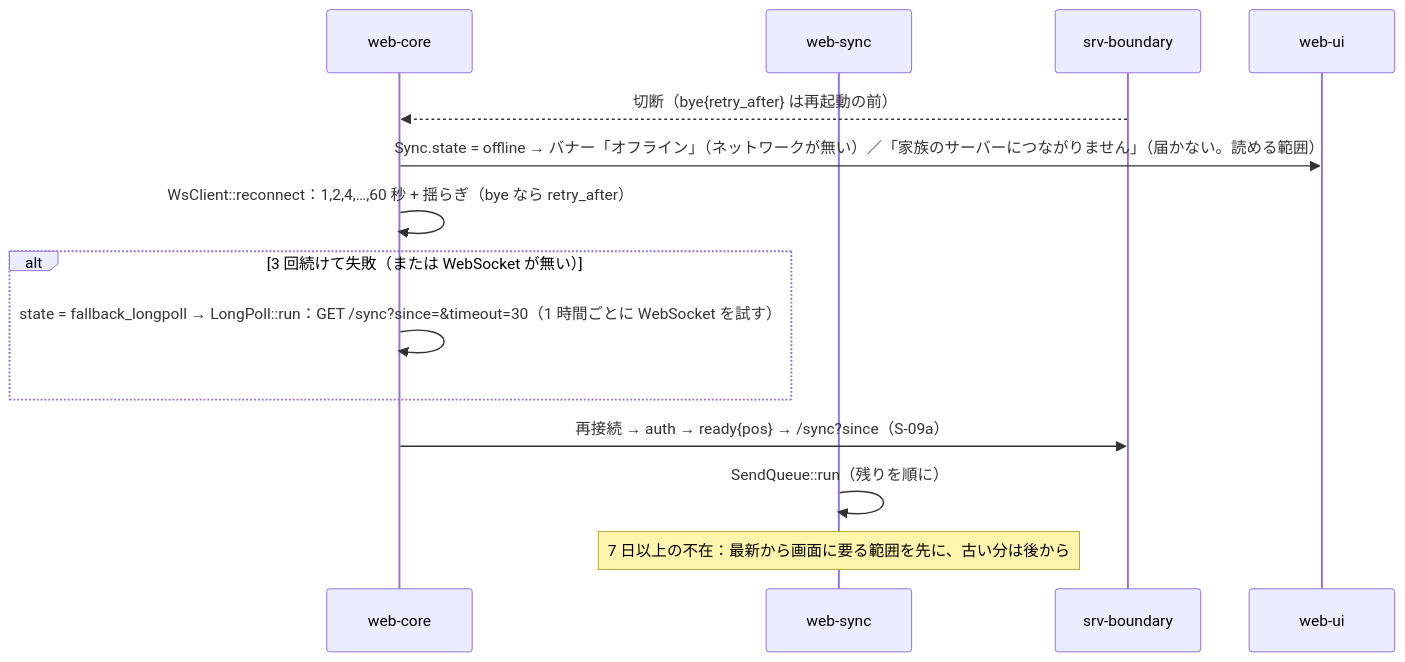
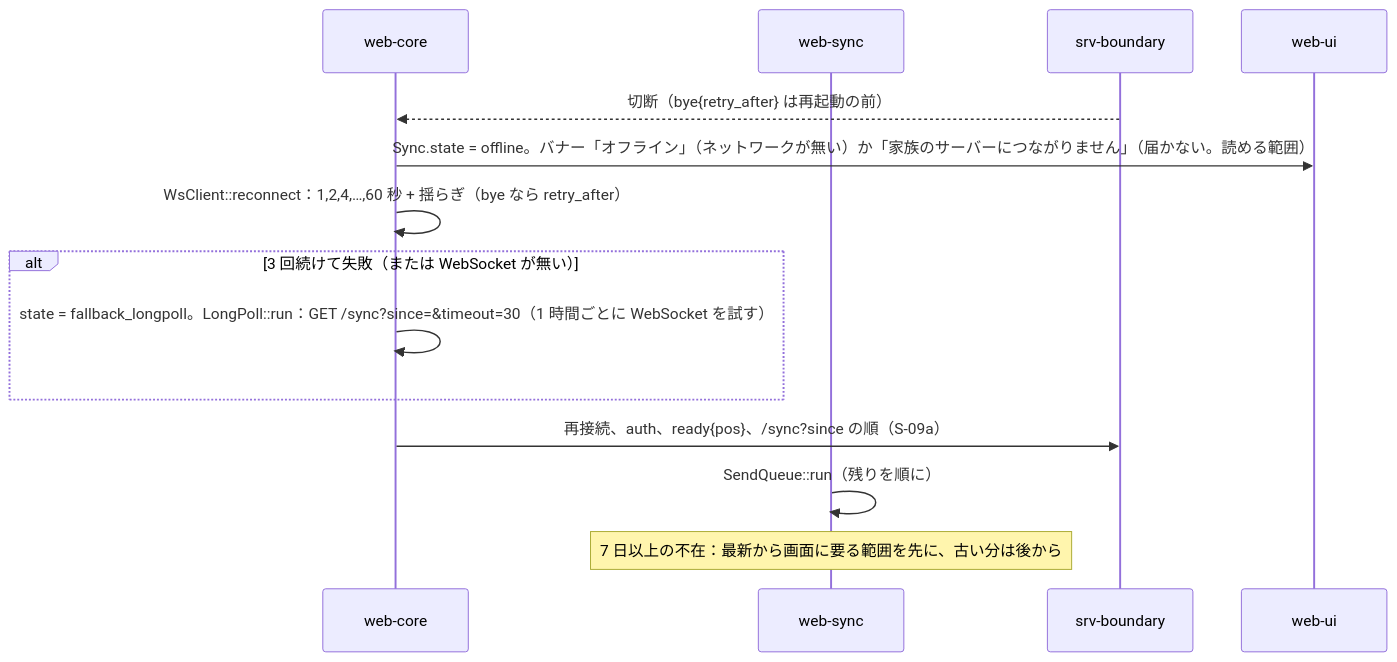
The third of 5 diagrams in dev/docs/jp/シーケンス/09_同期と再接続.md (nrsd-ishikawasou/family-talk-pwa), drawn with Mermaid before and after one commit. The commit also changed other lines of this file and 290 other files, not shown here.

````diff
--- a/dev/docs/jp/シーケンス/09_同期と再接続.md
+++ b/dev/docs/jp/シーケンス/09_同期と再接続.md
@@ -71,16 +80,16 @@
 ```mermaid
 sequenceDiagram
   participant WC as web-core
   participant WS as web-sync
   participant BD as srv-boundary
   participant UI as web-ui
   BD-->>WC: 切断（bye{retry_after} は再起動の前）
-  WC->>UI: Sync.state = offline → バナー「オフライン」（ネットワークが無い）／「家族のサーバーにつながりません」（届かない。読める範囲）
+  WC->>UI: Sync.state = offline。バナー「オフライン」（ネットワークが無い）か「家族のサーバーにつながりません」（届かない。読める範囲）
   WC->>WC: WsClient::reconnect：1,2,4,…,60 秒 + 揺らぎ（bye なら retry_after）
   alt 3 回続けて失敗（または WebSocket が無い）
-    WC->>WC: state = fallback_longpoll → LongPoll::run：GET /sync?since=&timeout=30（1 時間ごとに WebSocket を試す）
+    WC->>WC: state = fallback_longpoll。LongPoll::run：GET /sync?since=&timeout=30（1 時間ごとに WebSocket を試す）
   end
-  WC->>BD: 再接続 → auth → ready{pos} → /sync?since（S-09a）
+  WC->>BD: 再接続、auth、ready{pos}、/sync?since の順（S-09a）
   WS->>WS: SendQueue::run（残りを順に）
   Note over WS: 7 日以上の不在：最新から画面に要る範囲を先に、古い分は後から
 ```
````
